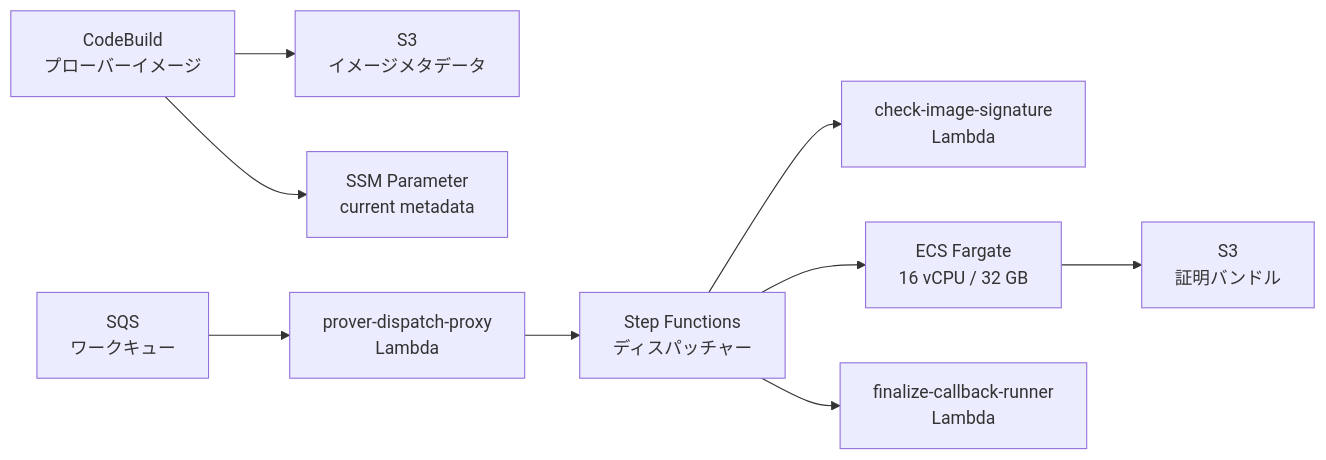
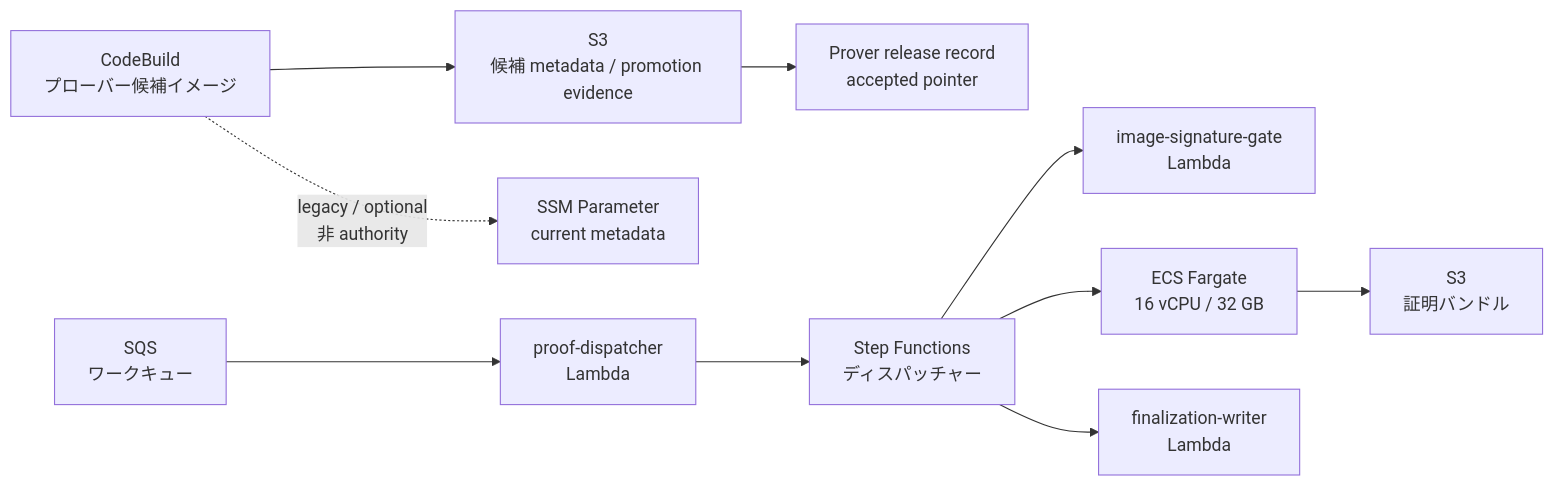
Before and after one commit to hwatanabe-jp/stark-ballot-simulator-public: the second of 4 diagrams in public-book/src/aws/topology.md, drawn with Mermaid. The commit also changed other lines of this file and 1491 other files, not shown here.

````diff
--- a/public-book/src/aws/topology.md
+++ b/public-book/src/aws/topology.md
@@ -58,11 +78,12 @@
 ```mermaid
 flowchart LR
-  CODEBUILD["CodeBuild<br/>プローバーイメージ"] --> META["S3<br/>イメージメタデータ"]
-  CODEBUILD --> SSM["SSM Parameter<br/>current metadata"]
-  SQS["SQS<br/>ワークキュー"] --> DP["prover-dispatch-proxy<br/>Lambda"]
+  CODEBUILD["CodeBuild<br/>プローバー候補イメージ"] --> META["S3<br/>候補 metadata / promotion evidence"]
+  CODEBUILD -. legacy / optional<br/>非 authority .-> SSM["SSM Parameter<br/>current metadata"]
+  META --> RECORD["Prover release record<br/>accepted pointer"]
+  SQS["SQS<br/>ワークキュー"] --> DP["proof-dispatcher<br/>Lambda"]
   DP --> SFN["Step Functions<br/>ディスパッチャー"]
-  SFN --> SIG["check-image-signature<br/>Lambda"]
+  SFN --> SIG["image-signature-gate<br/>Lambda"]
   SFN --> ECS["ECS Fargate<br/>16 vCPU / 32 GB"]
-  SFN --> CALLBACK["finalize-callback-runner<br/>Lambda"]
+  SFN --> CALLBACK["finalization-writer<br/>Lambda"]
   ECS --> S3["S3<br/>証明バンドル"]
 ```
````
